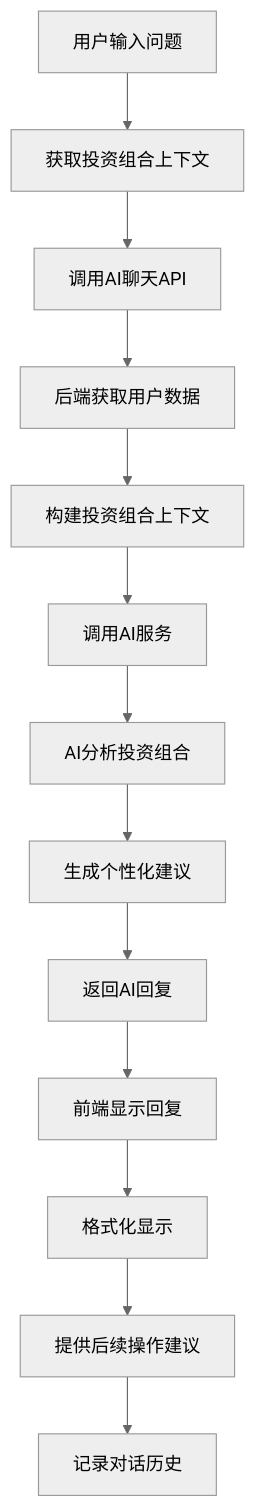
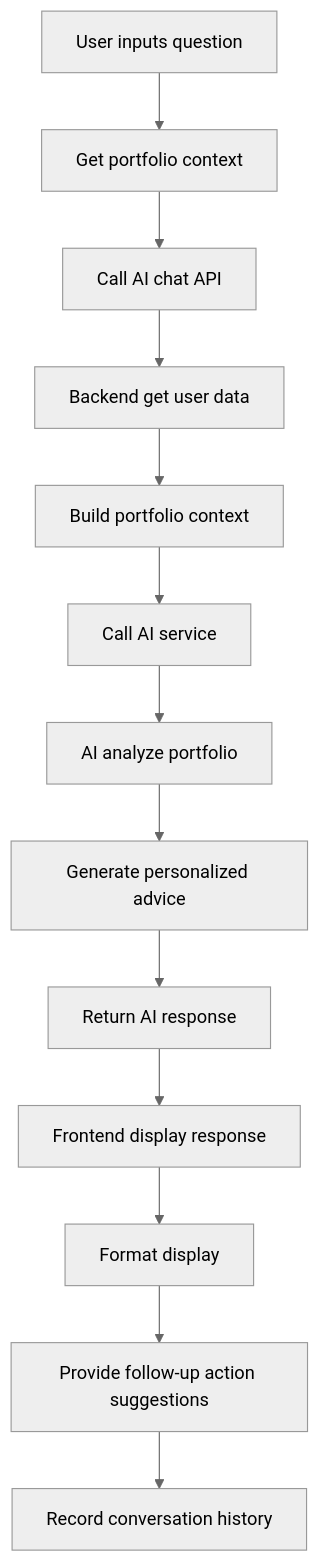
One commit to CDKStudy/Portfolio_Manager changed the ninth of 20 diagrams in FLOWCHARTS.md. Above: the diagram before and after it, drawn with Mermaid (neutral theme). The commit also changed other lines of this file, not shown here.

Commit message:
update flowchart

````diff
--- a/FLOWCHARTS.md
+++ b/FLOWCHARTS.md
@@ -234,15 +234,15 @@
 ```mermaid
 flowchart TD
-    A[用户输入问题] --> B[获取投资组合上下文]
-    B --> C[调用AI聊天API]
-    C --> D[后端获取用户数据]
-    D --> E[构建投资组合上下文]
-    E --> F[调用AI服务]
-    F --> G[AI分析投资组合]
-    G --> H[生成个性化建议]
-    H --> I[返回AI回复]
-    I --> J[前端显示回复]
-    J --> K[格式化显示]
-    K --> L[提供后续操作建议]
-    L --> M[记录对话历史]
+    A[User inputs question] --> B[Get portfolio context]
+    B --> C[Call AI chat API]
+    C --> D[Backend get user data]
+    D --> E[Build portfolio context]
+    E --> F[Call AI service]
+    F --> G[AI analyze portfolio]
+    G --> H[Generate personalized advice]
+    H --> I[Return AI response]
+    I --> J[Frontend display response]
+    J --> K[Format display]
+    K --> L[Provide follow-up action suggestions]
+    L --> M[Record conversation history]
 ```
````
